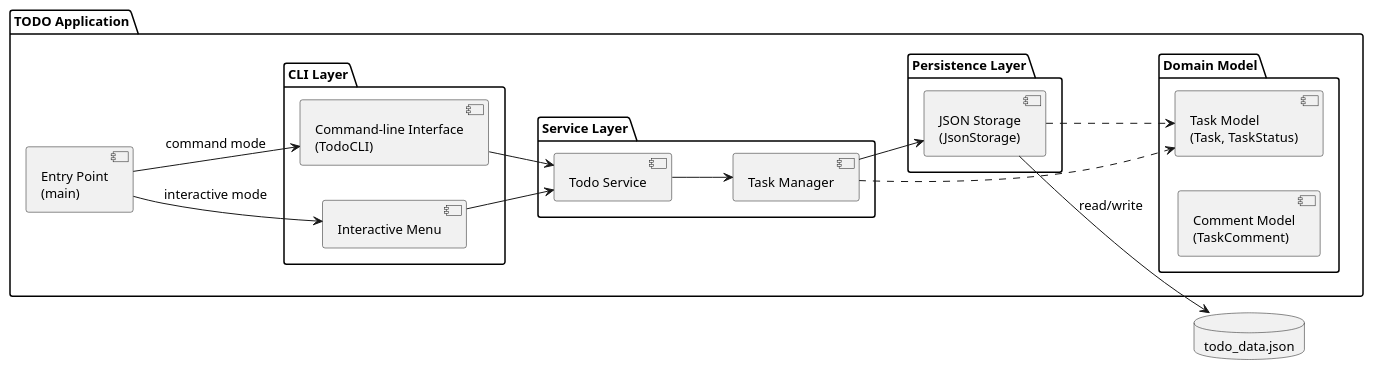
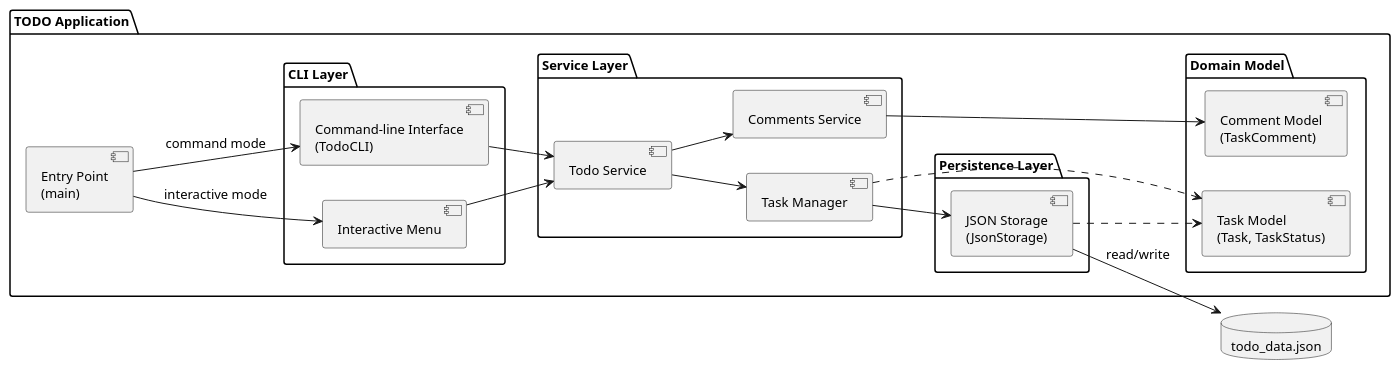
The diagram in experiments/broadcast/test_driven/TODO/artifacts/component_diagram.puml (DanielRiha8906/Software_autoevolution_using_agents), drawn with PlantUML before and after one commit. The commit also changed 4 other files, not shown here.

First line of the commit message:
task 04 | broadcast / test_driven / TODO | Implement CommentsService

```diff
--- a/experiments/broadcast/test_driven/TODO/artifacts/component_diagram.puml
+++ b/experiments/broadcast/test_driven/TODO/artifacts/component_diagram.puml
@@ -1,47 +1,50 @@
 @startuml component_diagram
 
 skinparam componentStyle uml2
 skinparam defaultFontSize 13
 
 left to right direction
 
 package "TODO Application" {
 
     component "Entry Point\n(main)" as Main
 
     package "CLI Layer" {
         component "Interactive Menu" as IM
         component "Command-line Interface\n(TodoCLI)" as CLI
     }
 
     package "Service Layer" {
         component "Todo Service" as SVC
         component "Task Manager" as MGR
+        component "Comments Service" as CSVC
     }
 
     package "Domain Model" {
         component "Task Model\n(Task, TaskStatus)" as Model
         component "Comment Model\n(TaskComment)" as CommentModel
     }
 
     package "Persistence Layer" {
         component "JSON Storage\n(JsonStorage)" as Storage
     }
 }
 
 database "todo_data.json" as DB
 
 Main --> IM : interactive mode
 Main --> CLI : command mode
 
 IM --> SVC
 CLI --> SVC
 
 SVC --> MGR
+SVC --> CSVC
+CSVC --> CommentModel
 MGR --> Storage
 MGR ..> Model
 Storage ..> Model
 
 Storage --> DB : read/write
 
 @enduml
```
